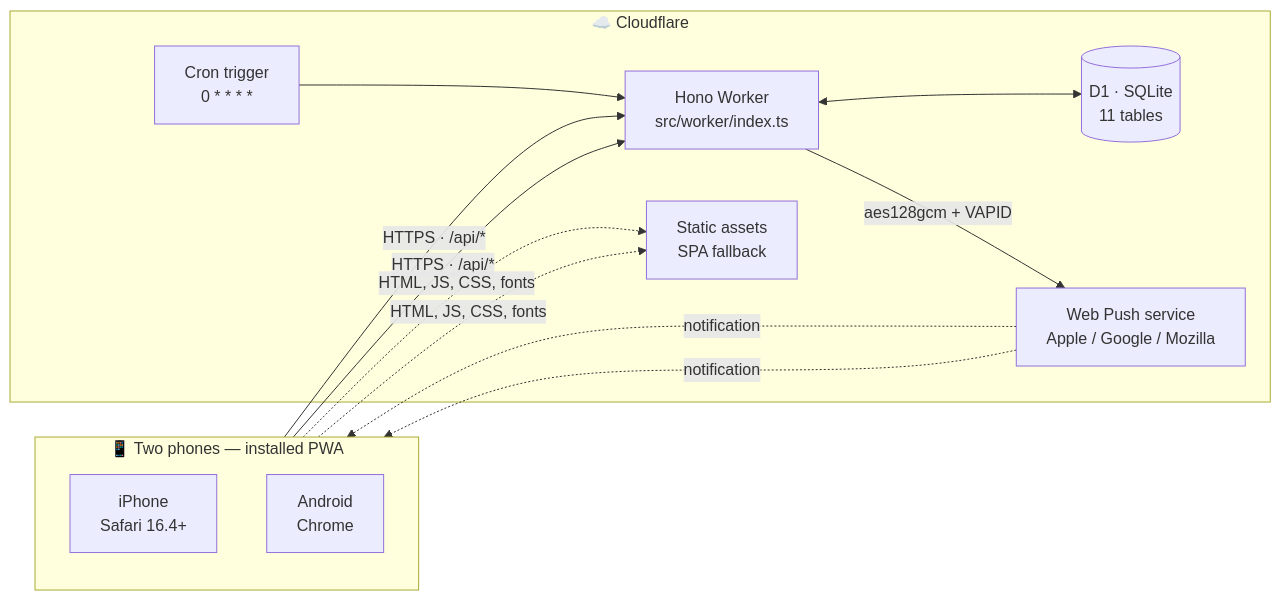
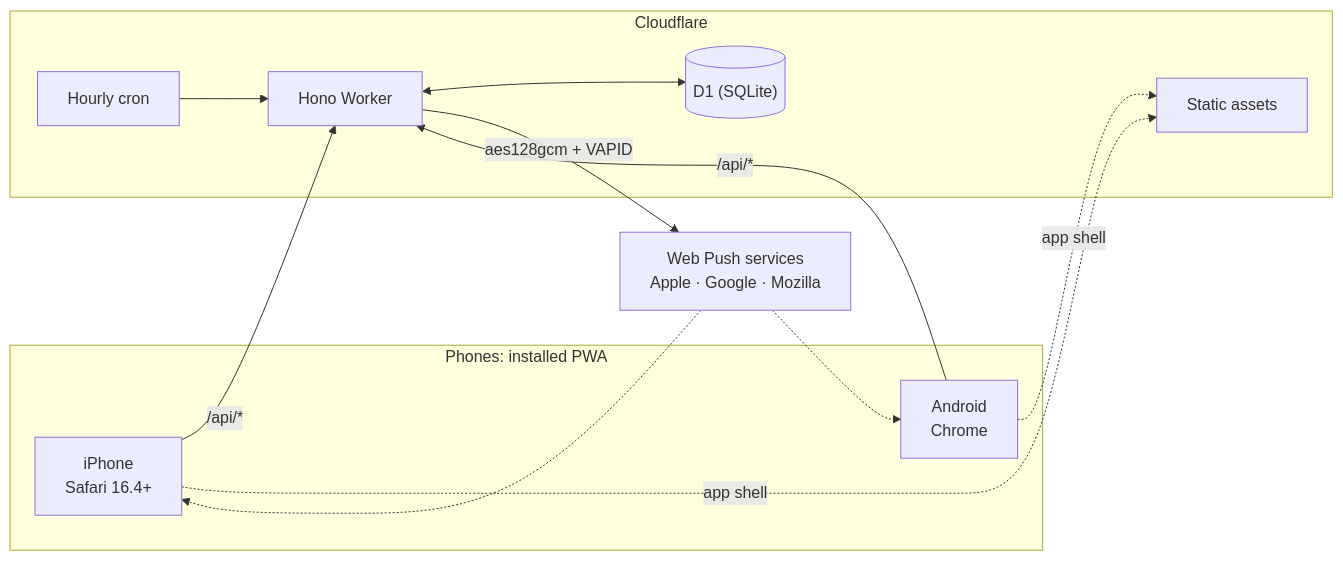
One commit to intelQong/Pantry changed the diagram in README.md. Above: the diagram before and after it, drawn with Mermaid. The commit also changed other lines of this file and 23 other files, not shown here.

````diff
--- a/README.md
+++ b/README.md
@@ -8,26 +47,23 @@
 ```mermaid
 flowchart LR
-  subgraph phones["📱 Two phones — installed PWA"]
-    direction TB
+  subgraph phones["Phones: installed PWA"]
     iphone["iPhone<br/>Safari 16.4+"]
     android["Android<br/>Chrome"]
   end
 
-  subgraph edge["☁️ Cloudflare"]
-    assets["Static assets<br/>SPA fallback"]
-    worker["Hono Worker<br/>src/worker/index.ts"]
-    d1[("D1 · SQLite<br/>11 tables")]
-    cron["Cron trigger<br/>0 * * * *"]
-    pushsvc["Web Push service<br/>Apple / Google / Mozilla"]
+  subgraph cf["Cloudflare"]
+    assets["Static assets"]
+    worker["Hono Worker"]
+    d1[("D1 (SQLite)")]
+    cron["Hourly cron"]
   end
 
-  iphone -->|"HTTPS · /api/*"| worker
-  android -->|"HTTPS · /api/*"| worker
-  iphone -.->|"HTML, JS, CSS, fonts"| assets
-  android -.->|"HTML, JS, CSS, fonts"| assets
+  push["Web Push services<br/>Apple · Google · Mozilla"]
+
+  iphone & android -->|"/api/*"| worker
+  iphone & android -.->|"app shell"| assets
   worker <--> d1
   cron --> worker
-  worker -->|"aes128gcm + VAPID"| pushsvc
-  pushsvc -.->|"notification"| iphone
-  pushsvc -.->|"notification"| android
+  worker -->|"aes128gcm + VAPID"| push
+  push -.-> iphone & android
 ```
````
